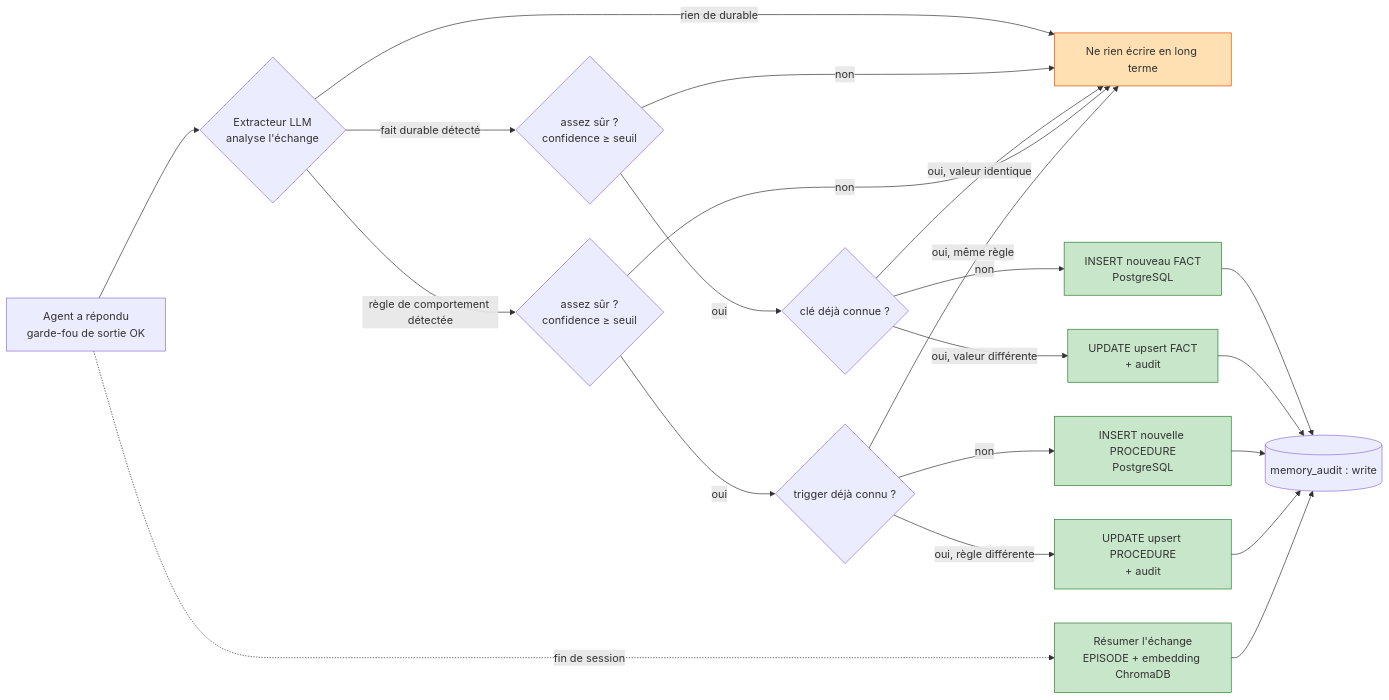
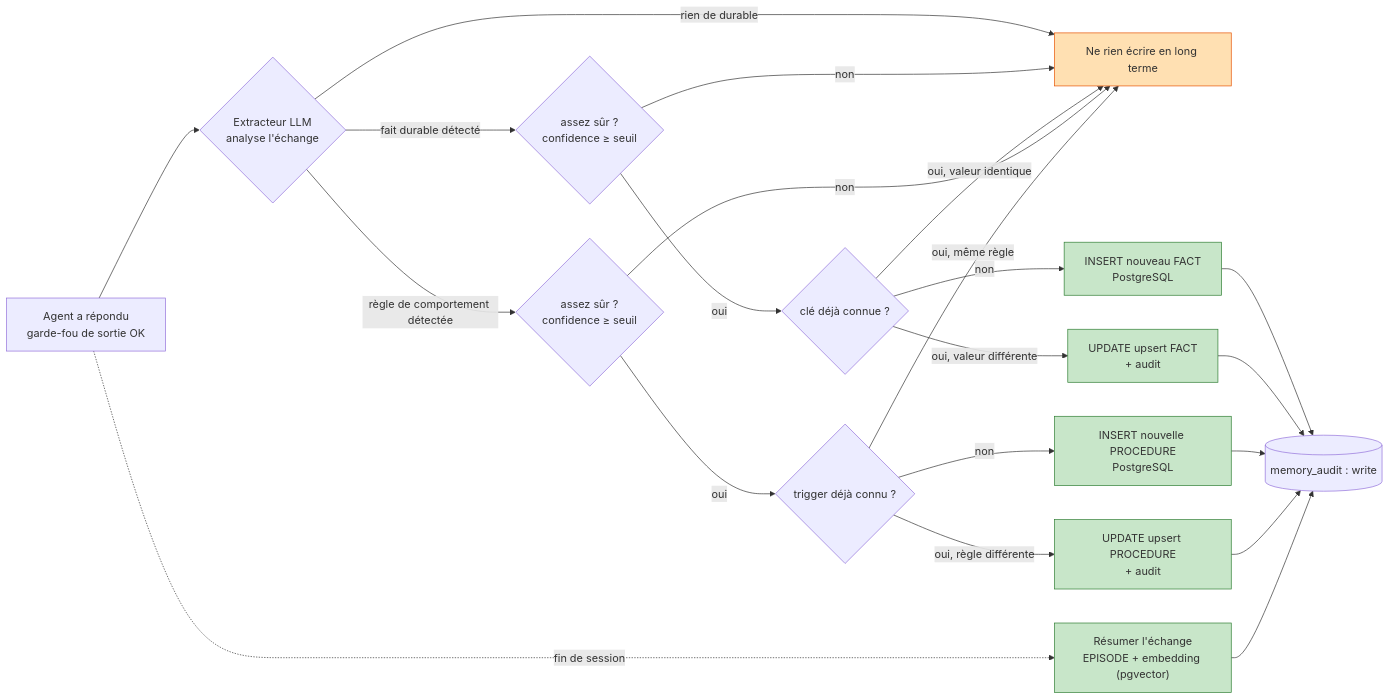
One commit to sofiane-git/velmo-v2 changed the second of 2 diagrams in docs/job/conceptions/conception_chantier1_memoire.md. Above: the diagram before and after it, drawn with Mermaid. The commit also changed other lines of this file and 2 other files, not shown here.

````diff
--- a/docs/job/conceptions/conception_chantier1_memoire.md
+++ b/docs/job/conceptions/conception_chantier1_memoire.md
@@ -321,28 +328,28 @@
 ```mermaid
 flowchart LR
     A["Agent a répondu<br/>garde-fou de sortie OK"] --> B{"Extracteur LLM<br/>analyse l'échange"}
     B -->|"fait durable détecté"| C{"assez sûr ?<br/>confidence &ge; seuil"}
     B -->|"règle de comportement détectée"| C2{"assez sûr ?<br/>confidence &ge; seuil"}
     B -->|"rien de durable"| D["Ne rien écrire en long terme"]
     C -->|"oui"| E{"clé déjà connue ?"}
     C -->|"non"| D
     E -->|"non"| F["INSERT nouveau FACT<br/>PostgreSQL"]
     E -->|"oui, valeur identique"| D
     E -->|"oui, valeur différente"| G["UPDATE upsert FACT<br/>+ audit"]
     C2 -->|"oui"| E2{"trigger déjà connu ?"}
     C2 -->|"non"| D
     E2 -->|"non"| F2["INSERT nouvelle PROCEDURE<br/>PostgreSQL"]
     E2 -->|"oui, même règle"| D
     E2 -->|"oui, règle différente"| G2["UPDATE upsert PROCEDURE<br/>+ audit"]
     F --> H[("memory_audit : write")]
     G --> H
     F2 --> H
     G2 --> H
-    A -.->|"fin de session"| I["Résumer l'échange<br/>EPISODE + embedding ChromaDB"]
+    A -.->|"fin de session"| I["Résumer l'échange<br/>EPISODE + embedding (pgvector)"]
     I --> H
 
     classDef store fill:#c8e6c9,stroke:#2e7d32;
     classDef skip fill:#ffe0b2,stroke:#e65100;
     class F,G,F2,G2,I store;
     class D skip;
 ```
````
